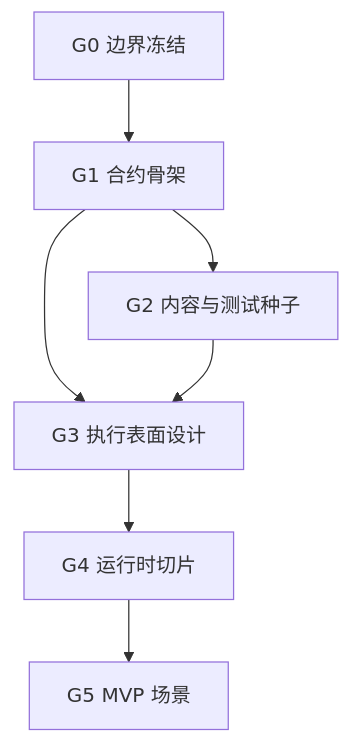
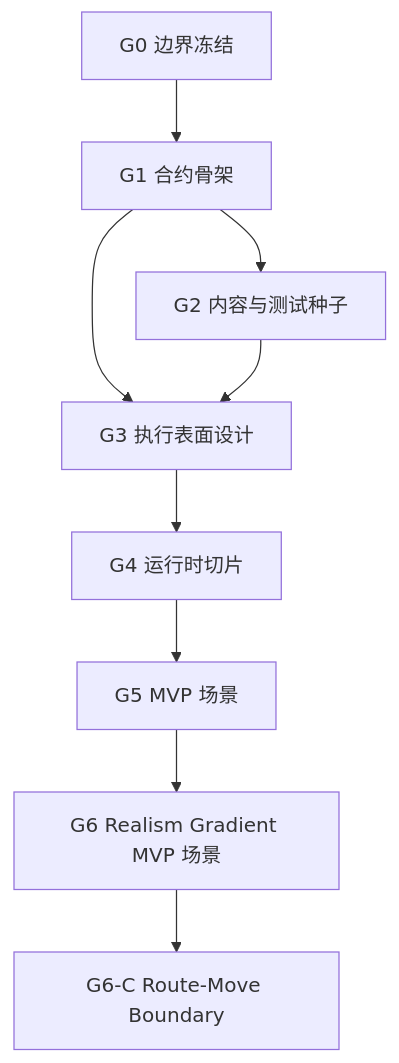
The diagram in docs/task/ground/ground_subagent_dispatch_queue_20260521.zh.md (Void0312Aurora/Echelon-Forge), drawn with Mermaid before and after one commit. The commit also changed other lines of this file and 20 other files, not shown here.

Commit message:
Add ground realism-gradient MVP guardrails

````diff
--- a/docs/task/ground/ground_subagent_dispatch_queue_20260521.zh.md
+++ b/docs/task/ground/ground_subagent_dispatch_queue_20260521.zh.md
@@ -25,9 +28,11 @@
 ```mermaid
 flowchart TD
     G0["G0 边界冻结"] --> G1["G1 合约骨架"]
     G1 --> G2["G2 内容与测试种子"]
     G1 --> G3["G3 执行表面设计"]
     G2 --> G3
     G3 --> G4["G4 运行时切片"]
     G4 --> G5["G5 MVP 场景"]
+    G5 --> G6["G6 Realism Gradient MVP 场景"]
+    G6 --> G6C["G6-C Route-Move Boundary"]
 ```
````
